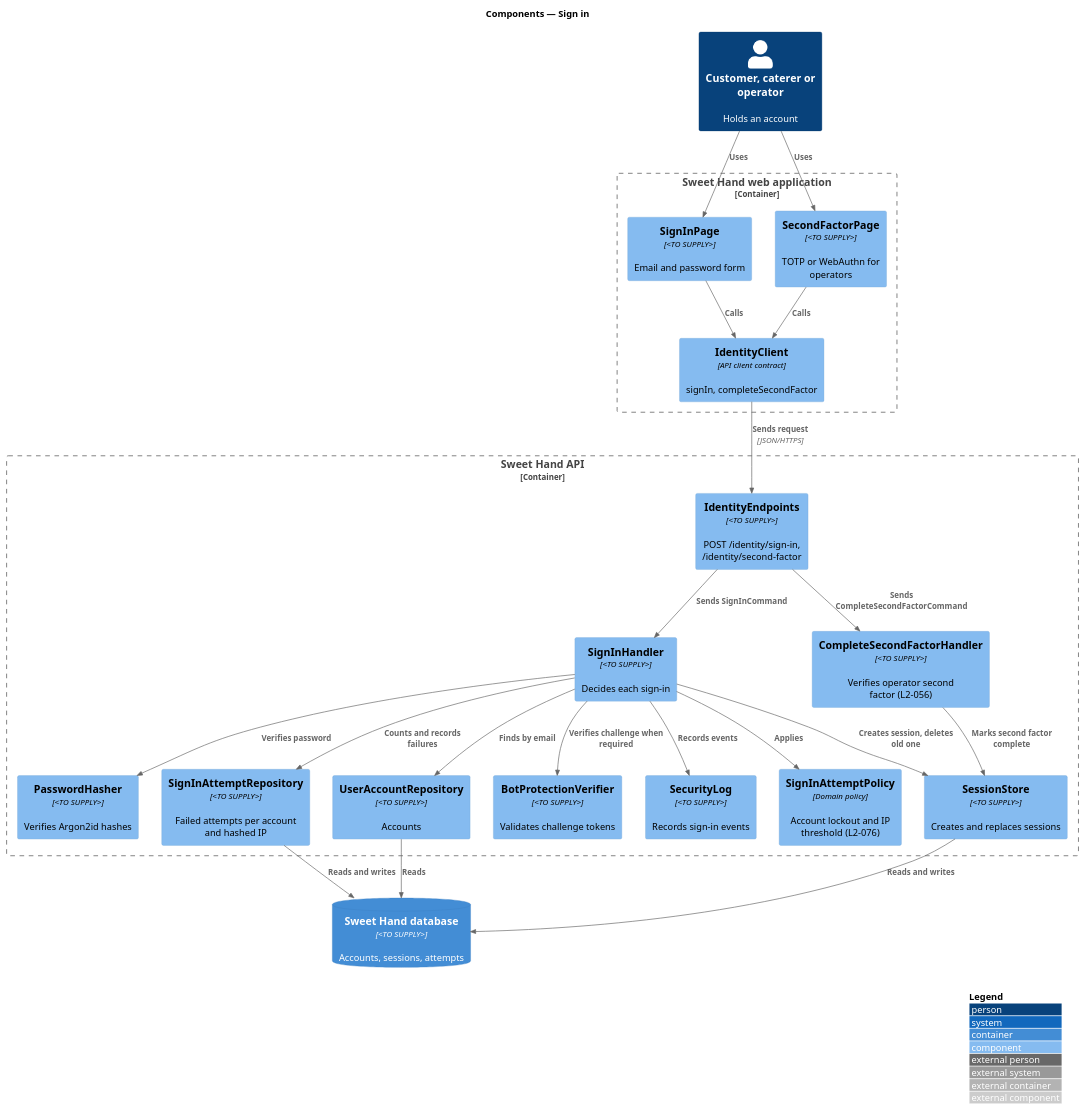
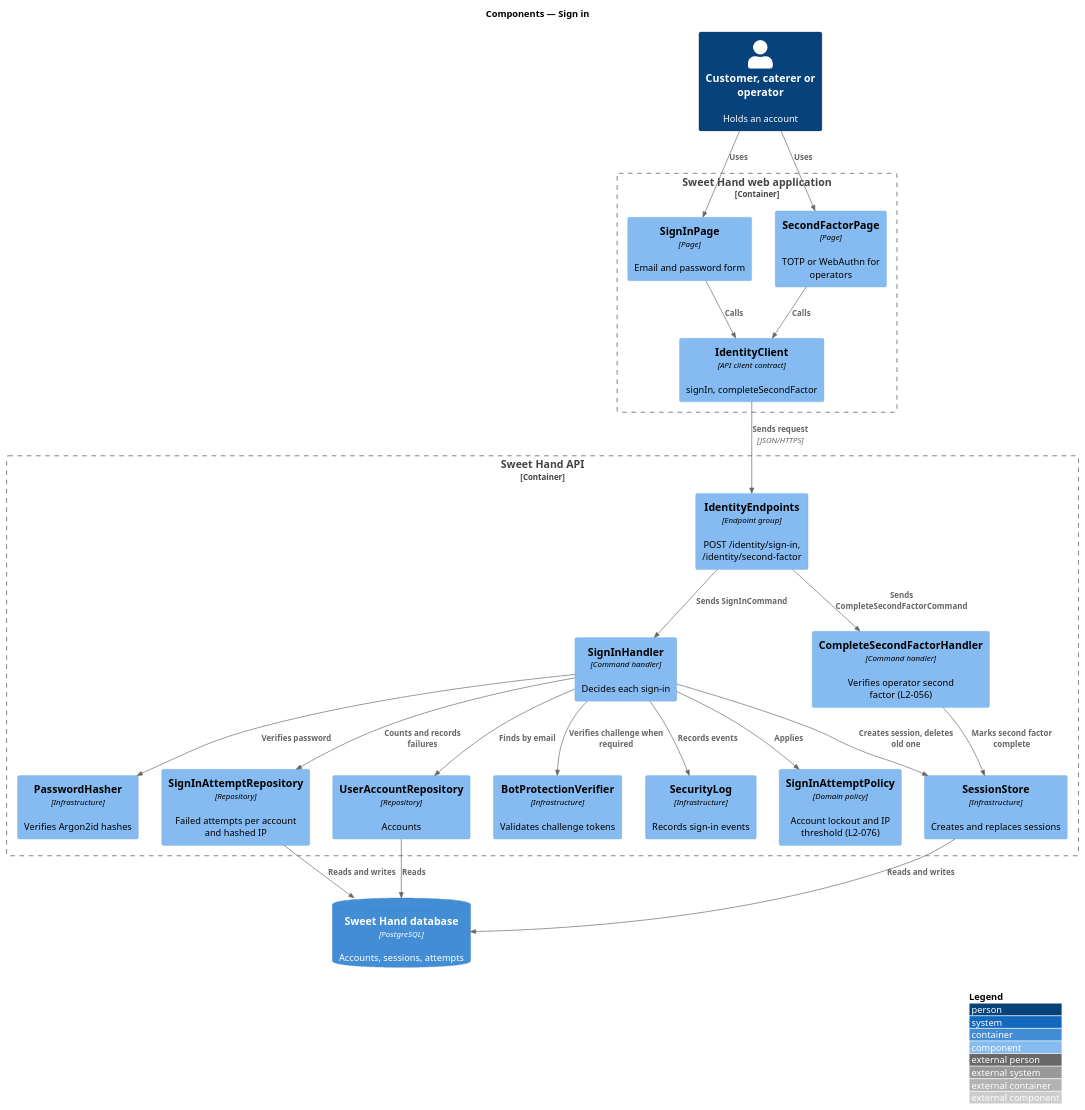
Before and after one commit to QuinntyneBrown/sweet-hand: the diagram in docs/detailed-designs/identity-and-security/sign-in/diagrams/c4-component.puml, drawn with PlantUML. The commit also changed 39 other files, not shown here.

First line of the commit message:
Fill ADR 0006 technology into identity-and-security designs

```diff
--- a/docs/detailed-designs/identity-and-security/sign-in/diagrams/c4-component.puml
+++ b/docs/detailed-designs/identity-and-security/sign-in/diagrams/c4-component.puml
@@ -1,44 +1,44 @@
 @startuml
 !include <C4/C4_Component>
 LAYOUT_WITH_LEGEND()
 title Components — Sign in
 
 Person(user, "Customer, caterer or operator", "Holds an account")
 Container_Boundary(web, "Sweet Hand web application") {
-  Component(page, "SignInPage", "<TO SUPPLY>", "Email and password form")
-  Component(mfa, "SecondFactorPage", "<TO SUPPLY>", "TOTP or WebAuthn for operators")
+  Component(page, "SignInPage", "Page", "Email and password form")
+  Component(mfa, "SecondFactorPage", "Page", "TOTP or WebAuthn for operators")
   Component(client, "IdentityClient", "API client contract", "signIn, completeSecondFactor")
 }
 Container_Boundary(api, "Sweet Hand API") {
-  Component(endpoints, "IdentityEndpoints", "<TO SUPPLY>", "POST /identity/sign-in, /identity/second-factor")
-  Component(handler, "SignInHandler", "<TO SUPPLY>", "Decides each sign-in")
+  Component(endpoints, "IdentityEndpoints", "Endpoint group", "POST /identity/sign-in, /identity/second-factor")
+  Component(handler, "SignInHandler", "Command handler", "Decides each sign-in")
   Component(policy, "SignInAttemptPolicy", "Domain policy", "Account lockout and IP threshold (L2-076)")
-  Component(mfahandler, "CompleteSecondFactorHandler", "<TO SUPPLY>", "Verifies operator second factor (L2-056)")
-  Component(hasher, "PasswordHasher", "<TO SUPPLY>", "Verifies Argon2id hashes")
-  Component(attempts, "SignInAttemptRepository", "<TO SUPPLY>", "Failed attempts per account and hashed IP")
-  Component(accounts, "UserAccountRepository", "<TO SUPPLY>", "Accounts")
-  Component(sessions, "SessionStore", "<TO SUPPLY>", "Creates and replaces sessions")
-  Component(verifier, "BotProtectionVerifier", "<TO SUPPLY>", "Validates challenge tokens")
-  Component(seclog, "SecurityLog", "<TO SUPPLY>", "Records sign-in events")
+  Component(mfahandler, "CompleteSecondFactorHandler", "Command handler", "Verifies operator second factor (L2-056)")
+  Component(hasher, "PasswordHasher", "Infrastructure", "Verifies Argon2id hashes")
+  Component(attempts, "SignInAttemptRepository", "Repository", "Failed attempts per account and hashed IP")
+  Component(accounts, "UserAccountRepository", "Repository", "Accounts")
+  Component(sessions, "SessionStore", "Infrastructure", "Creates and replaces sessions")
+  Component(verifier, "BotProtectionVerifier", "Infrastructure", "Validates challenge tokens")
+  Component(seclog, "SecurityLog", "Infrastructure", "Records sign-in events")
 }
-ContainerDb(db, "Sweet Hand database", "<TO SUPPLY>", "Accounts, sessions, attempts")
+ContainerDb(db, "Sweet Hand database", "PostgreSQL", "Accounts, sessions, attempts")
 
 Rel(user, page, "Uses")
 Rel(user, mfa, "Uses")
 Rel(page, client, "Calls")
 Rel(mfa, client, "Calls")
 Rel(client, endpoints, "Sends request", "JSON/HTTPS")
 Rel(endpoints, handler, "Sends SignInCommand")
 Rel(endpoints, mfahandler, "Sends CompleteSecondFactorCommand")
 Rel(handler, policy, "Applies")
 Rel(handler, attempts, "Counts and records failures")
 Rel(handler, accounts, "Finds by email")
 Rel(handler, hasher, "Verifies password")
 Rel(handler, verifier, "Verifies challenge when required")
 Rel(handler, sessions, "Creates session, deletes old one")
 Rel(handler, seclog, "Records events")
 Rel(mfahandler, sessions, "Marks second factor complete")
 Rel(attempts, db, "Reads and writes")
 Rel(accounts, db, "Reads")
 Rel(sessions, db, "Reads and writes")
 @enduml
```
